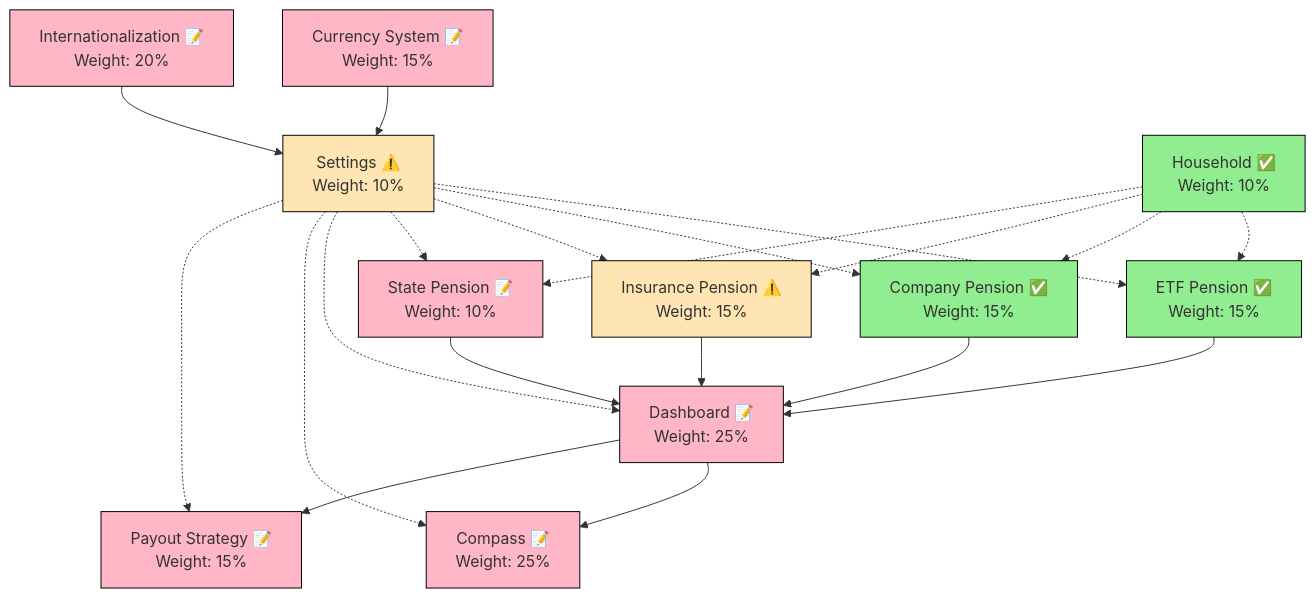
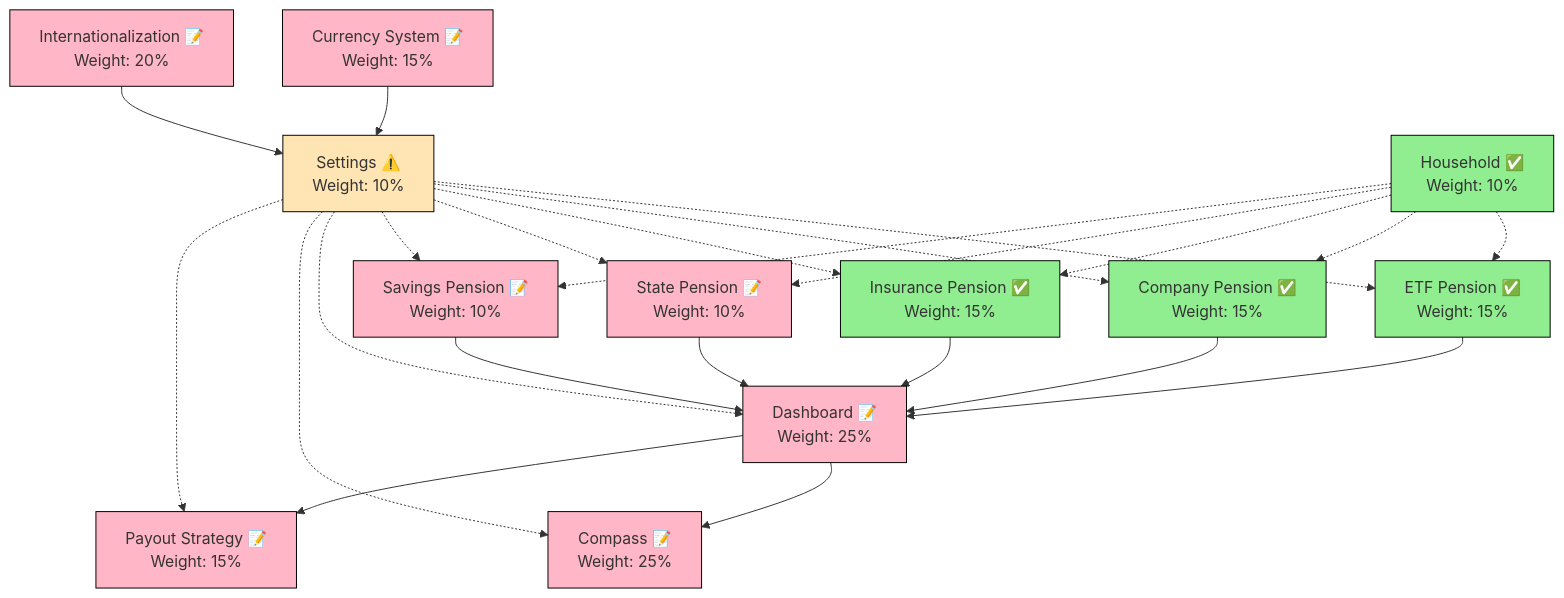
The first of 2 diagrams in PROGRESS.md (my-axel/goldfinch), drawn with Mermaid before and after one commit. The commit also changed other lines of this file and 14 other files, not shown here.

````diff
--- a/PROGRESS.md
+++ b/PROGRESS.md
@@ -143,41 +148,44 @@
 ```mermaid
 graph TD
     %% Core Modules
     ETF[ETF Pension ✅<br/>Weight: 15%] --> D
     CP[Company Pension ✅<br/>Weight: 15%] --> D
-    IP[Insurance Pension ⚠️<br/>Weight: 15%] --> D
+    IP[Insurance Pension ✅<br/>Weight: 15%] --> D
     SP[State Pension 📝<br/>Weight: 10%] --> D
+    SVP[Savings Pension 📝<br/>Weight: 10%] --> D
     D[Dashboard 📝<br/>Weight: 25%] --> C
     D --> PS
     
     %% Dependent Modules
     C[Compass 📝<br/>Weight: 25%]
     PS[Payout Strategy 📝<br/>Weight: 15%]
     
     %% Cross-Cutting Features
     CS[Currency System 📝<br/>Weight: 15%] --> S
     I18n[Internationalization 📝<br/>Weight: 20%] --> S
     
     %% Settings affects all modules
     S[Settings ⚠️<br/>Weight: 10%] -.-> ETF
     S -.-> CP
     S -.-> IP
     S -.-> SP
+    S -.-> SVP
     S -.-> D
     S -.-> C
     S -.-> PS
     
     %% Household integration
     H[Household ✅<br/>Weight: 10%] -.-> ETF
     H -.-> CP
     H -.-> IP
     H -.-> SP
+    H -.-> SVP
     
     %% Styling
     classDef complete fill:#90EE90,stroke:#000
     classDef partial fill:#FFE5B4,stroke:#000
     classDef notStarted fill:#FFB6C6,stroke:#000
-    class ETF,H,CP complete
-    class IP,S partial
-    class SP,CS,I18n,D,C,PS notStarted
+    class ETF,H,CP,IP complete
+    class S partial
+    class SP,SVP,CS,I18n,D,C,PS notStarted
 ```
````
